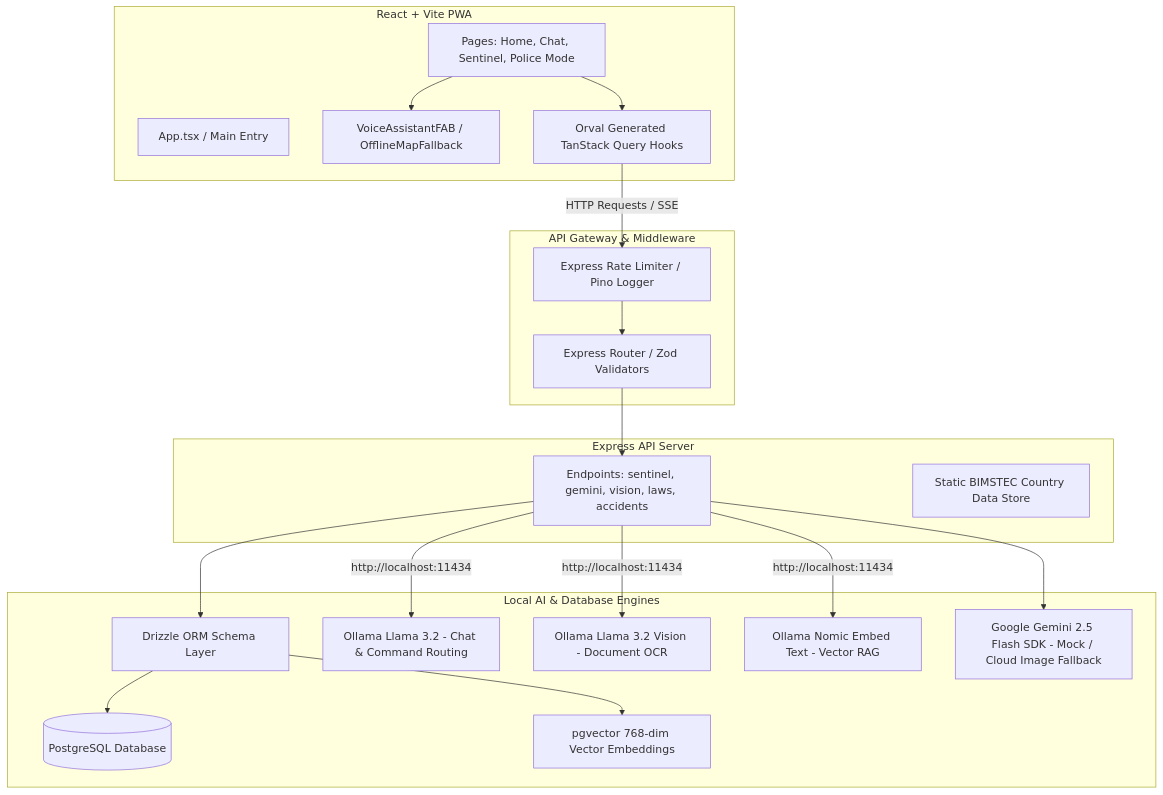
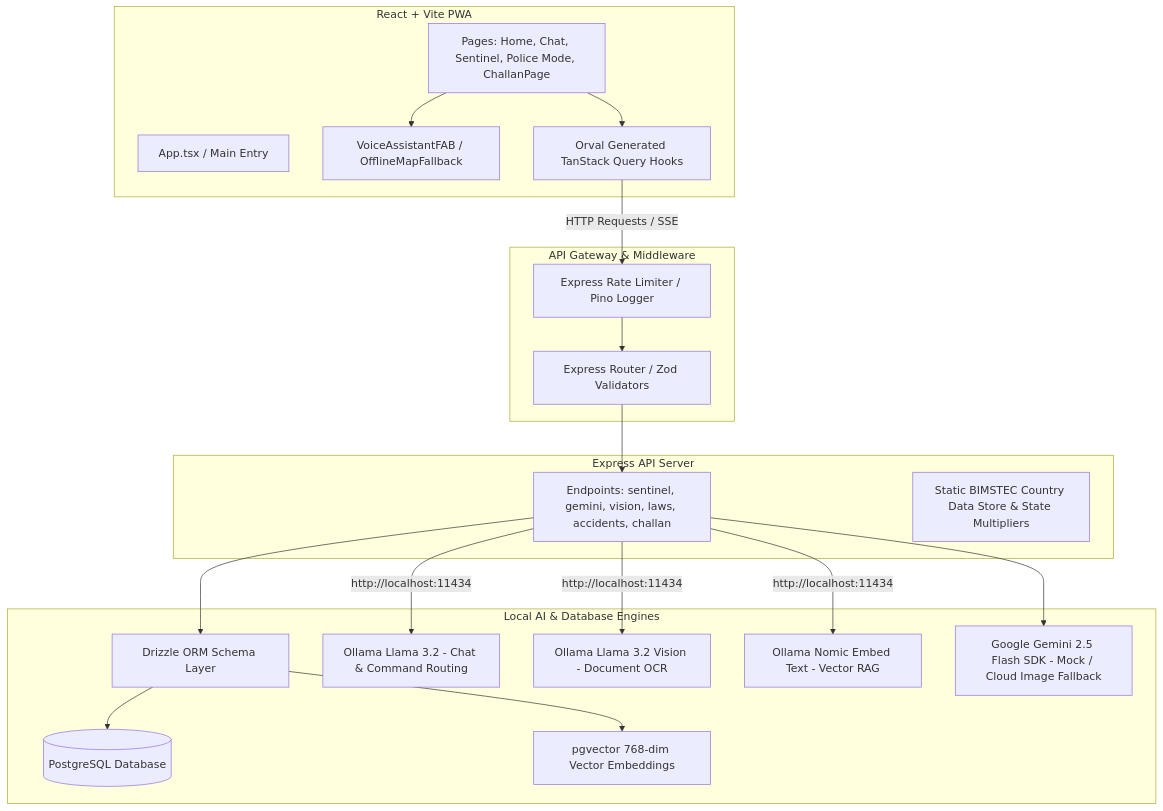
Before and after one commit to bhaskar241106/SENTINAL-X: the first of 2 diagrams in README.md, drawn with Mermaid. The commit also changed other lines of this file and 42 other files, not shown here.

````diff
--- a/README.md
+++ b/README.md
@@ -52,49 +54,49 @@
 ```mermaid
 graph TD
     %% Frontend Layer
     subgraph Frontend [React + Vite PWA]
         FE_APP[App.tsx / Main Entry]
-        FE_PAGES[Pages: Home, Chat, Sentinel, Police Mode]
+        FE_PAGES[Pages: Home, Chat, Sentinel, Police Mode, ChallanPage]
         FE_COMP[VoiceAssistantFAB / OfflineMapFallback]
         FE_HOOKS[Orval Generated TanStack Query Hooks]
     end
 
     %% Network / Gateway
     subgraph Gateway [API Gateway & Middleware]
         GW_LIMITER[Express Rate Limiter / Pino Logger]
         GW_ROUTING[Express Router / Zod Validators]
     end
 
     %% Backend Layer
     subgraph Backend [Express API Server]
-        BE_ROUTES[Endpoints: sentinel, gemini, vision, laws, accidents]
-        BE_DATA[Static BIMSTEC Country Data Store]
+        BE_ROUTES[Endpoints: sentinel, gemini, vision, laws, accidents, challan]
+        BE_DATA[Static BIMSTEC Country Data Store & State Multipliers]
     end
 
     %% AI & Database Layer
     subgraph StorageAI [Local AI & Database Engines]
         DB_POSTGRES[(PostgreSQL Database)]
         DB_DRIZZLE[Drizzle ORM Schema Layer]
         DB_VECTOR[pgvector 768-dim Vector Embeddings]
         OLLAMA_LLM[Ollama Llama 3.2 - Chat & Command Routing]
         OLLAMA_VIS[Ollama Llama 3.2 Vision - Document OCR]
         OLLAMA_EMB[Ollama Nomic Embed Text - Vector RAG]
         GEMINI_API[Google Gemini 2.5 Flash SDK - Mock / Cloud Image Fallback]
     end
 
     %% Flows
     FE_PAGES --> FE_COMP
     FE_PAGES --> FE_HOOKS
     FE_HOOKS -- HTTP Requests / SSE --> GW_LIMITER
     GW_LIMITER --> GW_ROUTING
     GW_ROUTING --> BE_ROUTES
     
     BE_ROUTES --> DB_DRIZZLE
     DB_DRIZZLE --> DB_POSTGRES
     DB_DRIZZLE --> DB_VECTOR
     
     BE_ROUTES -- http://localhost:11434 --> OLLAMA_LLM
     BE_ROUTES -- http://localhost:11434 --> OLLAMA_VIS
     BE_ROUTES -- http://localhost:11434 --> OLLAMA_EMB
     BE_ROUTES --> GEMINI_API
 ```
````
